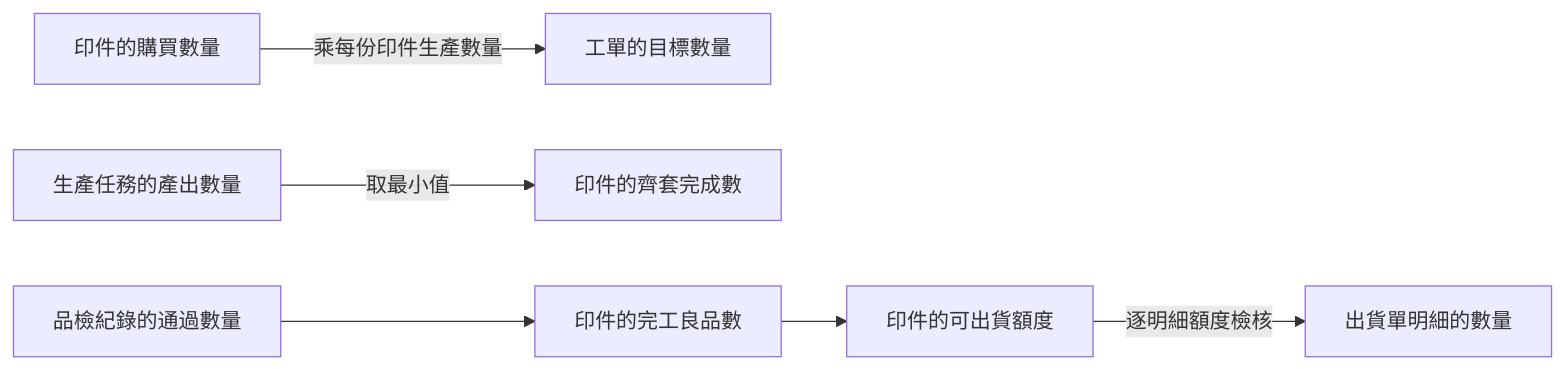
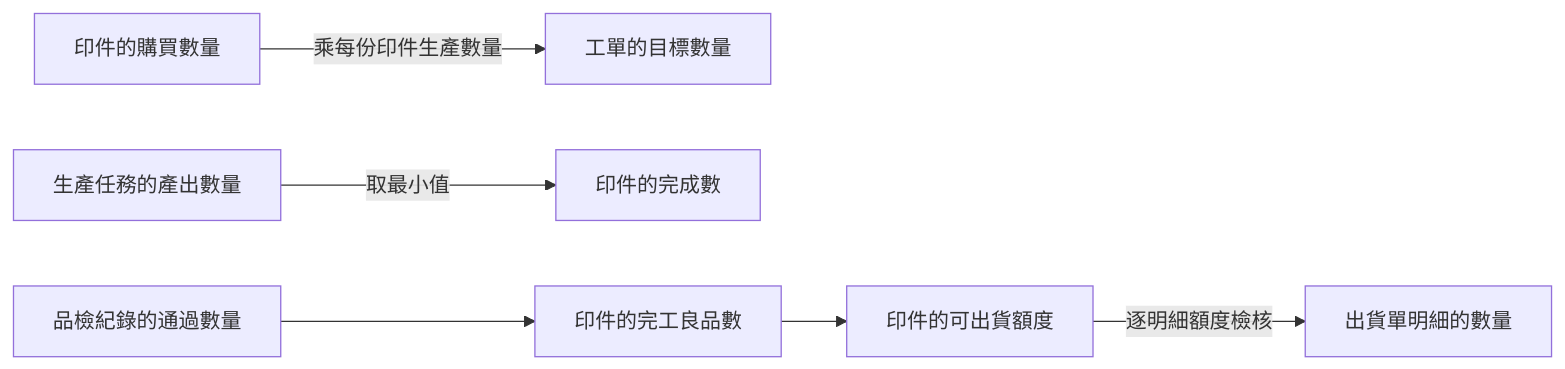
One commit to Kawato-Miles/erp-spec changed the fifth of 5 diagrams in memory/Sens_wiki/wiki/erp/05-entities/訂單領域資料結構總覽.md. Above: the diagram before and after it, drawn with Mermaid. The commit also changed 45 other files, not shown here.

````diff
--- a/memory/Sens_wiki/wiki/erp/05-entities/訂單領域資料結構總覽.md
+++ b/memory/Sens_wiki/wiki/erp/05-entities/訂單領域資料結構總覽.md
@@ -115,8 +115,8 @@
 ```mermaid
 flowchart LR
     C1["印件的購買數量"] -->|"乘每份印件生產數量"| C2["工單的目標數量"]
-    C3["生產任務的產出數量"] -->|"取最小值"| C4["印件的齊套完成數"]
+    C3["生產任務的產出數量"] -->|"取最小值"| C4["印件的完成數"]
     C5["品檢紀錄的通過數量"] --> C6["印件的完工良品數"]
     C6 --> C7["印件的可出貨額度"]
     C7 -->|"逐明細額度檢核"| C8["出貨單明細的數量"]
 ```
````
